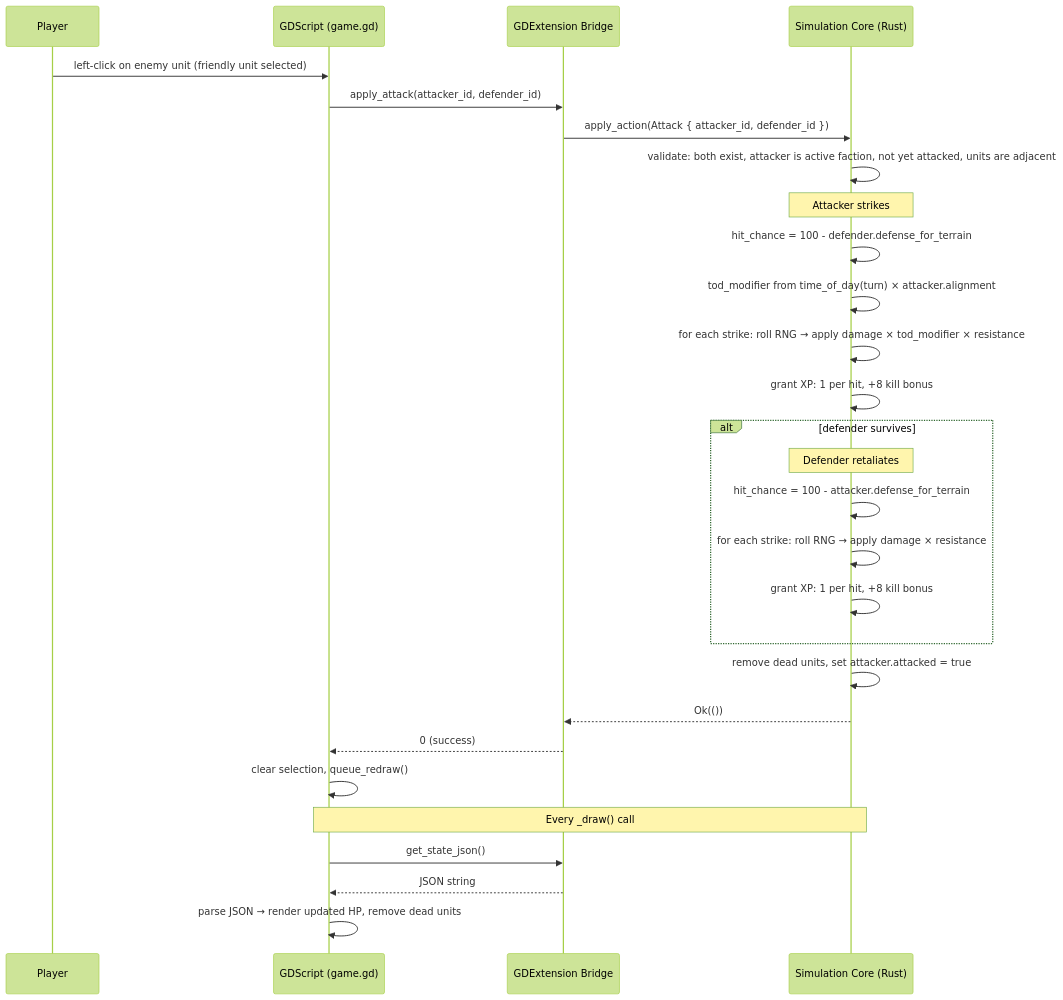
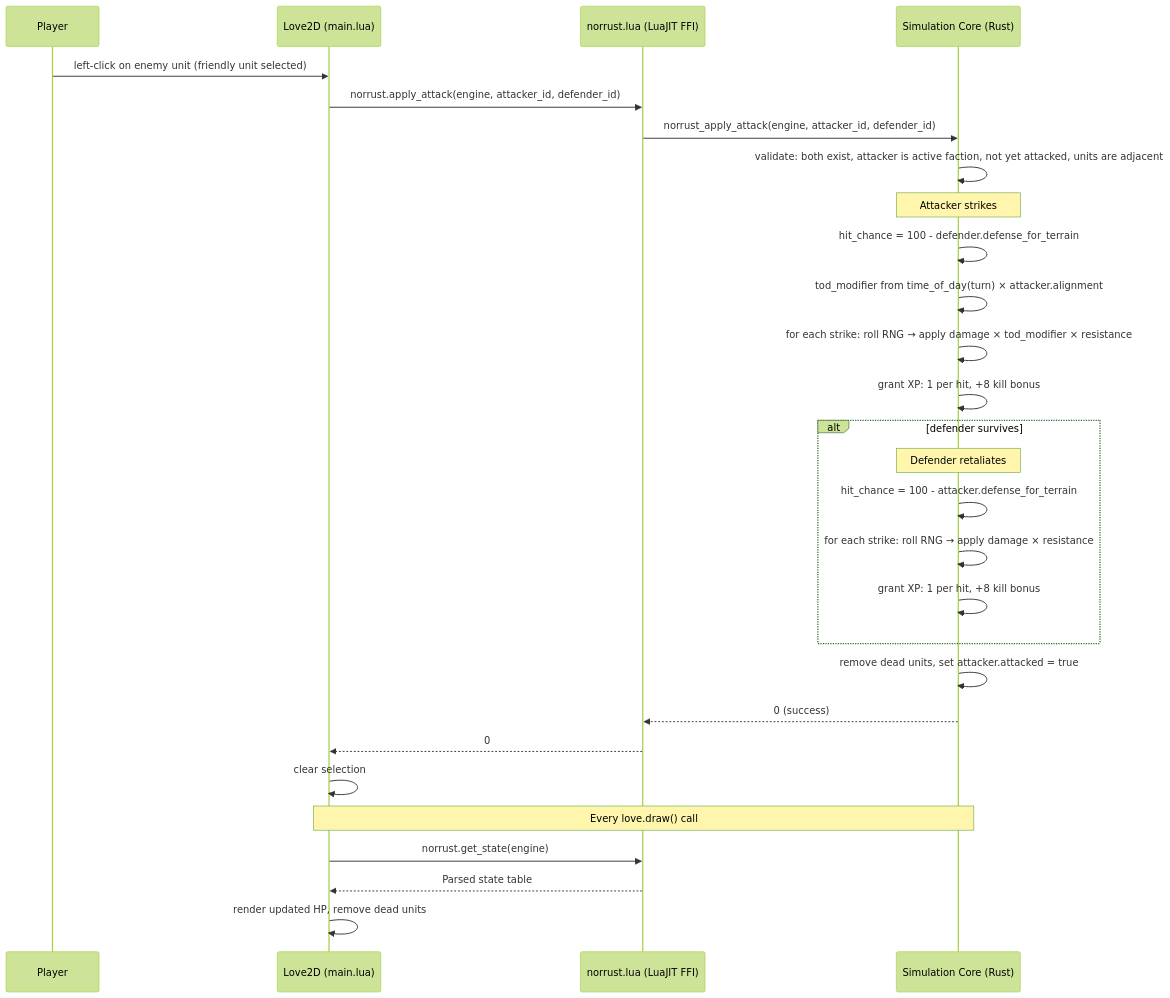
Before and after one commit to christophergutierrez/norrust: the third of 3 diagrams in docs/ARCHITECTURE.md, drawn with Mermaid (forest theme). The commit also changed other lines of this file and 4 other files, not shown here.

````diff
--- a/docs/ARCHITECTURE.md
+++ b/docs/ARCHITECTURE.md
@@ -174,36 +181,36 @@
 ```mermaid
 sequenceDiagram
     participant P as Player
-    participant GD as GDScript (game.gd)
-    participant BR as GDExtension Bridge
+    participant LUA as Love2D (main.lua)
+    participant FFI as norrust.lua (LuaJIT FFI)
     participant CORE as Simulation Core (Rust)
 
-    P->>GD: left-click on enemy unit (friendly unit selected)
-    GD->>BR: apply_attack(attacker_id, defender_id)
-    BR->>CORE: apply_action(Attack { attacker_id, defender_id })
+    P->>LUA: left-click on enemy unit (friendly unit selected)
+    LUA->>FFI: norrust.apply_attack(engine, attacker_id, defender_id)
+    FFI->>CORE: norrust_apply_attack(engine, attacker_id, defender_id)
 
     CORE->>CORE: validate: both exist, attacker is active faction, not yet attacked, units are adjacent
 
     Note over CORE: Attacker strikes
     CORE->>CORE: hit_chance = 100 - defender.defense_for_terrain
     CORE->>CORE: tod_modifier from time_of_day(turn) × attacker.alignment
     CORE->>CORE: for each strike: roll RNG → apply damage × tod_modifier × resistance
     CORE->>CORE: grant XP: 1 per hit, +8 kill bonus
 
     alt defender survives
         Note over CORE: Defender retaliates
         CORE->>CORE: hit_chance = 100 - attacker.defense_for_terrain
         CORE->>CORE: for each strike: roll RNG → apply damage × resistance
         CORE->>CORE: grant XP: 1 per hit, +8 kill bonus
     end
 
     CORE->>CORE: remove dead units, set attacker.attacked = true
-    CORE-->>BR: Ok(())
-    BR-->>GD: 0 (success)
-    GD->>GD: clear selection, queue_redraw()
+    CORE-->>FFI: 0 (success)
+    FFI-->>LUA: 0
+    LUA->>LUA: clear selection
 
-    Note over GD,CORE: Every _draw() call
-    GD->>BR: get_state_json()
-    BR-->>GD: JSON string
-    GD->>GD: parse JSON → render updated HP, remove dead units
+    Note over LUA,CORE: Every love.draw() call
+    LUA->>FFI: norrust.get_state(engine)
+    FFI-->>LUA: Parsed state table
+    LUA->>LUA: render updated HP, remove dead units
 ```
````
